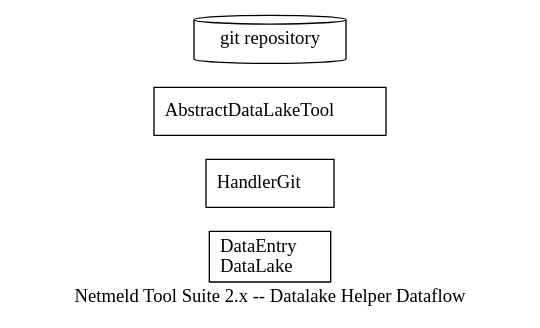
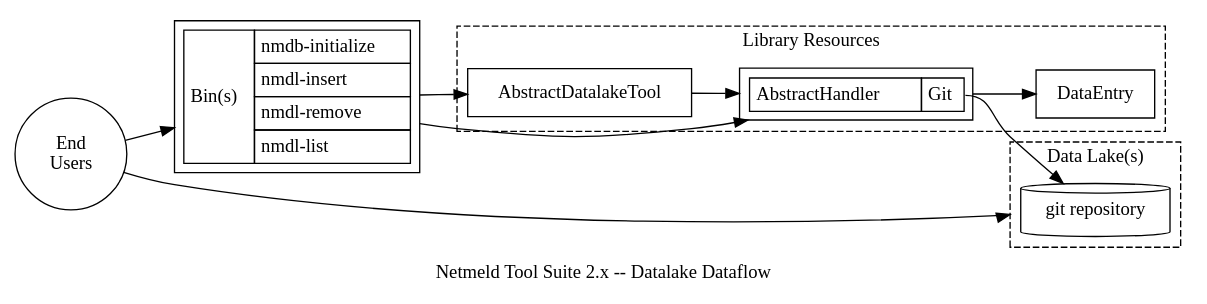
The diagram in datalake/docs/netmeld-datalake-workflow.dot (netmeld/netmeld), drawn with Graphviz before and after one commit. The commit also changed 4 other files, not shown here.

Commit message:
added workflog graph

```diff
--- a/datalake/docs/netmeld-datalake-workflow.dot
+++ b/datalake/docs/netmeld-datalake-workflow.dot
@@ -1,17 +1,58 @@
 digraph G {
   rankdir=LR;
   nodespace=0.5;
   ranksep=0.5;
   newrank=true;
   splines=spline;
+  compound=true;
+  concentrate=true;
 
-  label="Netmeld Tool Suite 2.x -- Datalake Helper Dataflow";
+  label="Netmeld Tool Suite 2.x -- Datalake Dataflow";
 
-  node[shape="rectangle"];
-  objects [label="DataEntry\lDataLake\l"];
-  handlers [label="HandlerGit\l"];
-  tools   [label="AbstractDataLakeTool\l"];
+  node[shape="circle"];
+  users [label="End\nUsers"];
 
-  node [shape="cylinder"];
-  datalake [label="git repository"];
+  node[shape="rectangle",margin=0.1];
+  bins [label=<
+    <table border="0" cellborder="1" cellspacing="0" cellpadding="4">
+      <tr><td rowspan="5">Bin(s)</td></tr>
+      <tr><td align="left">nmdb-initialize</td></tr>
+      <tr><td align="left">nmdl-insert</td></tr>
+      <tr><td align="left">nmdl-remove</td></tr>
+      <tr><td align="left">nmdl-list</td></tr>
+    </table>>];
+
+  subgraph cluster_lib {
+    label="Library Resources";
+    style="dashed";
+
+    node[shape="rectangle"];
+    objects [label="DataEntry"];
+    tools [label="AbstractDatalakeTool"];
+
+    node[shape="none",margin=0];
+    node[shape="rectangle",margin=0.1];
+    handlers [label=<
+      <table border="0" cellborder="1" cellspacing="0" cellpadding="4">
+        <tr><td rowspan="2">AbstractHandler</td></tr>
+        <tr><td align="left" port="git">Git</td></tr>
+      </table>>];
+  }
+
+  subgraph cluster_datalake {
+    label="Data Lake(s)";
+    style="dashed";
+
+    node [shape="cylinder"];
+    git [label="git repository"];
+  }
+  
+
+  users->bins;
+  users->git [lhead=cluster_datalake];
+  bins->tools;
+  bins->handlers;
+  tools->handlers;
+  handlers->objects;
+  handlers:git->git;
 }
```
